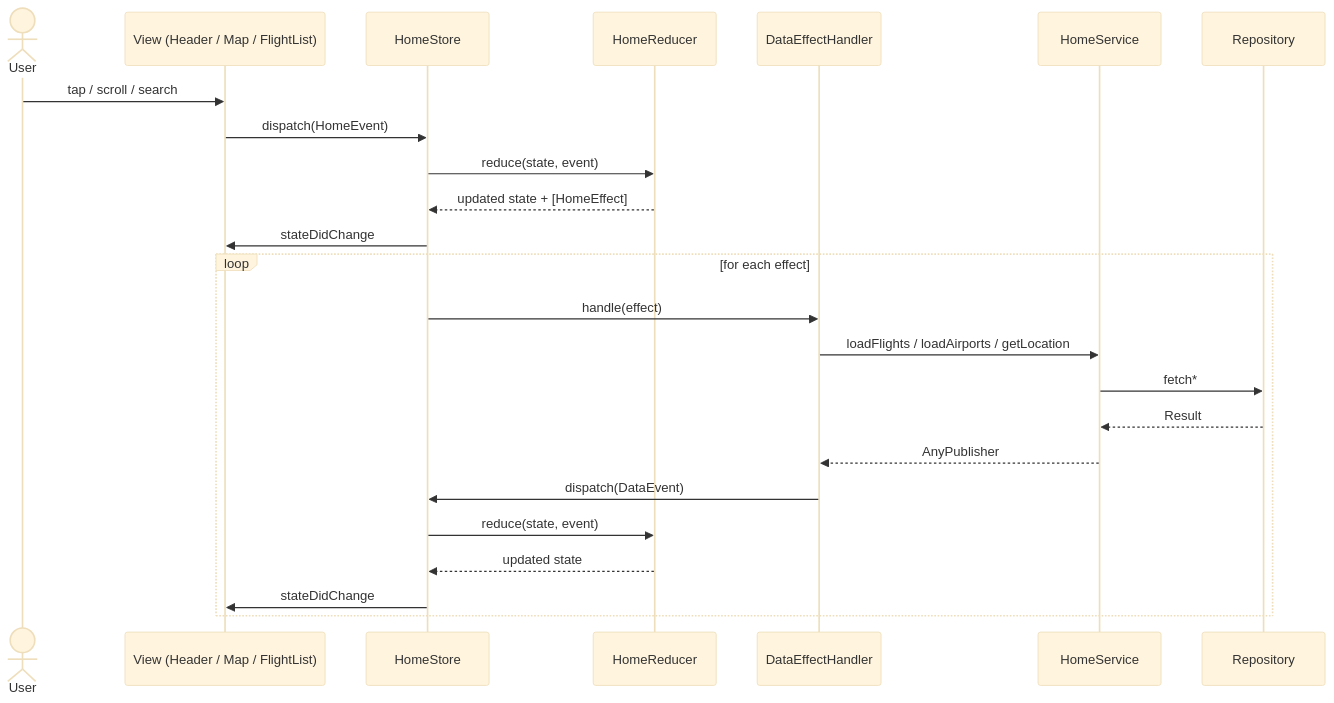
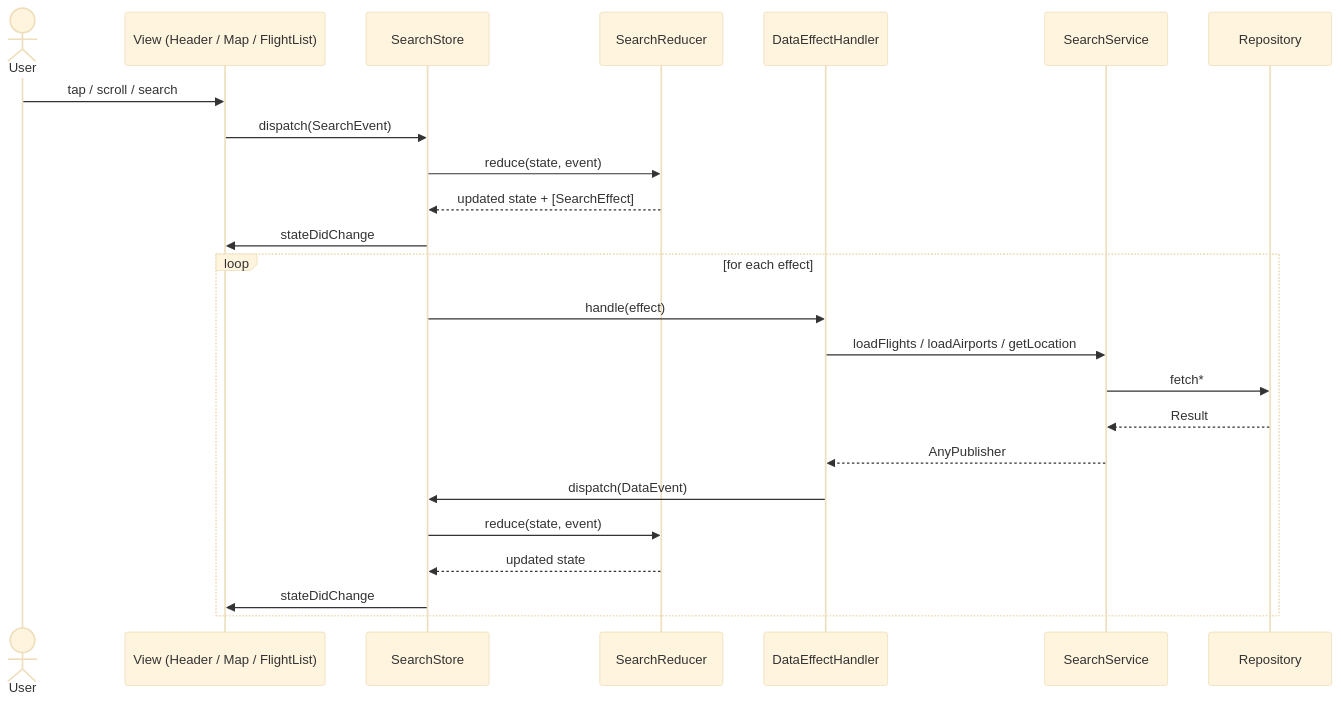
Before and after one commit to IvanPuzanov/FlightApp: the diagram in README.md, drawn with Mermaid (base theme). The commit also changed other lines of this file and 65 other files, not shown here.

Commit message:
Rename Home module to Search

````diff
--- a/README.md
+++ b/README.md
@@ -27,28 +27,28 @@
 ```mermaid
 sequenceDiagram
     actor User
     participant View as View (Header / Map / FlightList)
-    participant Store as HomeStore
-    participant Reducer as HomeReducer
+    participant Store as SearchStore
+    participant Reducer as SearchReducer
     participant Handler as DataEffectHandler
-    participant Service as HomeService
+    participant Service as SearchService
     participant Repo as Repository
 
     User->>View: tap / scroll / search
-    View->>Store: dispatch(HomeEvent)
+    View->>Store: dispatch(SearchEvent)
     Store->>Reducer: reduce(state, event)
-    Reducer-->>Store: updated state + [HomeEffect]
+    Reducer-->>Store: updated state + [SearchEffect]
     Store->>View: stateDidChange
 
     loop for each effect
         Store->>Handler: handle(effect)
         Handler->>Service: loadFlights / loadAirports / getLocation
         Service->>Repo: fetch*
         Repo-->>Service: Result
         Service-->>Handler: AnyPublisher
         Handler->>Store: dispatch(DataEvent)
         Store->>Reducer: reduce(state, event)
         Reducer-->>Store: updated state
         Store->>View: stateDidChange
     end
 ```
````
